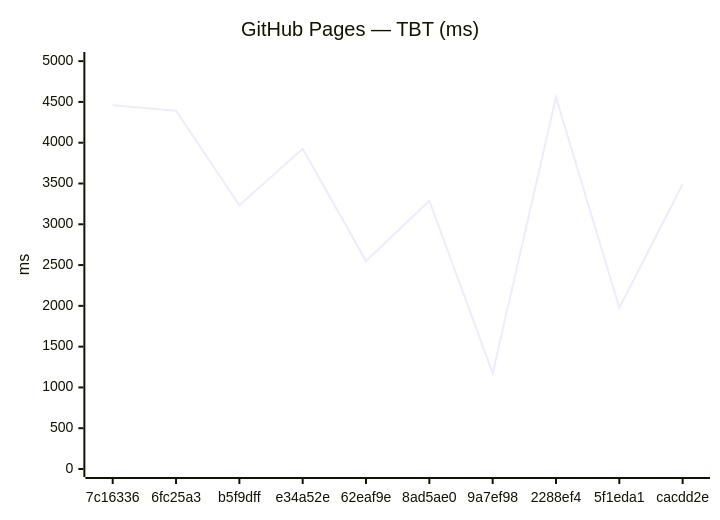
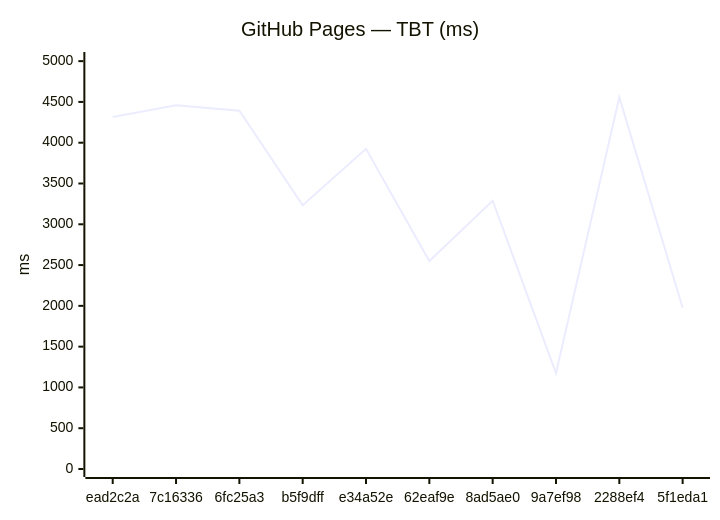
One commit to Metaheurist/Rianell changed the fourth of 12 diagrams in benchmarks/compare.md. Above: the diagram before and after it, drawn with Mermaid. The commit also changed other lines of this file and 8 other files, not shown here.

````diff
--- a/benchmarks/compare.md
+++ b/benchmarks/compare.md
@@ -61,7 +61,7 @@
 ```mermaid
 xychart-beta
     title "GitHub Pages — TBT (ms)"
-    x-axis ["7c16336", "6fc25a3", "b5f9dff", "e34a52e", "62eaf9e", "8ad5ae0", "9a7ef98", "2288ef4", "5f1eda1", "cacdd2e"]
+    x-axis ["ead2c2a", "7c16336", "6fc25a3", "b5f9dff", "e34a52e", "62eaf9e", "8ad5ae0", "9a7ef98", "2288ef4", "5f1eda1"]
     y-axis "ms" 0 --> 5014
-    line [4460, 4393, 3233, 3925, 2549, 3289, 1175, 4558, 1976, 3491]
+    line [4315, 4460, 4393, 3233, 3925, 2549, 3289, 1175, 4558, 1976]
 ```
````
